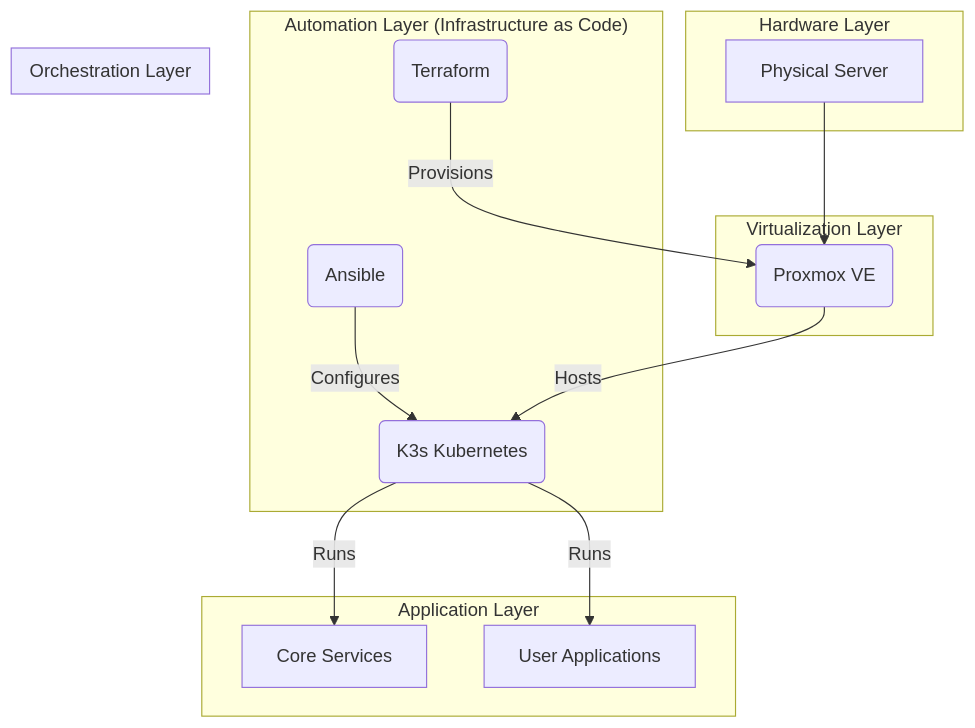
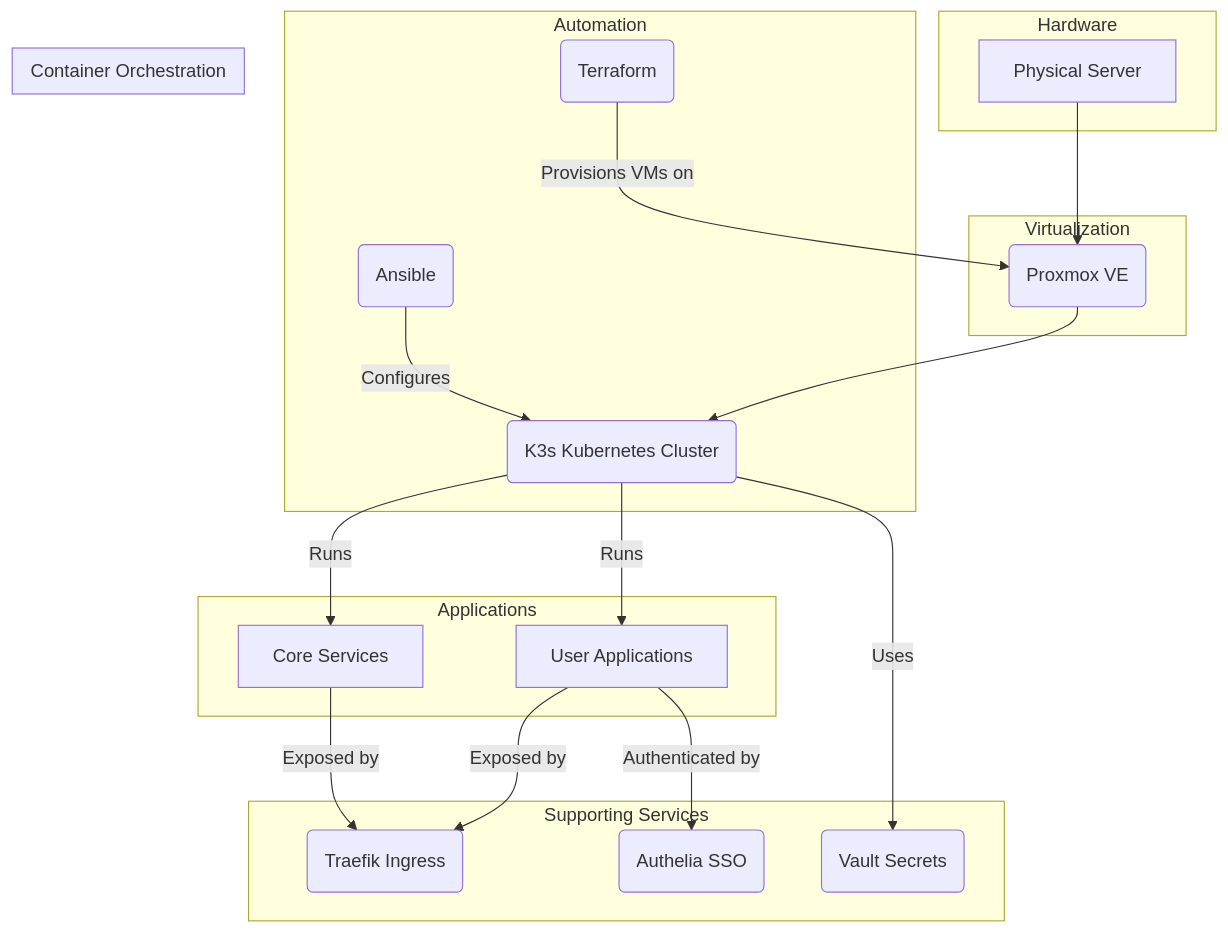
The first of 2 diagrams in README.md (toxicoder/homelabeazy), drawn with Mermaid before and after one commit. The commit also changed other lines of this file, not shown here.

Commit message:
I am simplifying and clarifying the system architecture diagrams in README.md.

````diff
--- a/README.md
+++ b/README.md
@@ -217,29 +168,39 @@
 ```mermaid
 graph TD
-    subgraph "Hardware Layer"
+    subgraph "Hardware"
         A[Physical Server]
     end
 
-    subgraph "Virtualization Layer"
+    subgraph "Virtualization"
         B(Proxmox VE)
     end
 
-    subgraph "Automation Layer (Infrastructure as Code)"
-        C(Terraform) -- Provisions --> B
+    subgraph "Automation"
+        C(Terraform) -- Provisions VMs on --> B
         D(Ansible) -- Configures --> E
     end
 
-    subgraph "Orchestration Layer"
-        E(K3s Kubernetes)
+    subgraph "Container Orchestration"
+        E(K3s Kubernetes Cluster)
     end
 
-    subgraph "Application Layer"
+    subgraph "Applications"
         F[Core Services]
         G[User Applications]
     end
 
+    subgraph "Supporting Services"
+        H(Traefik Ingress)
+        I(Authelia SSO)
+        J(Vault Secrets)
+    end
+
     A --> B
-    B -- Hosts --> E
+    B --> E
     E -- Runs --> F
     E -- Runs --> G
+    F -- Exposed by --> H
+    G -- Exposed by --> H
+    G -- Authenticated by --> I
+    E -- Uses --> J
 ```
````
